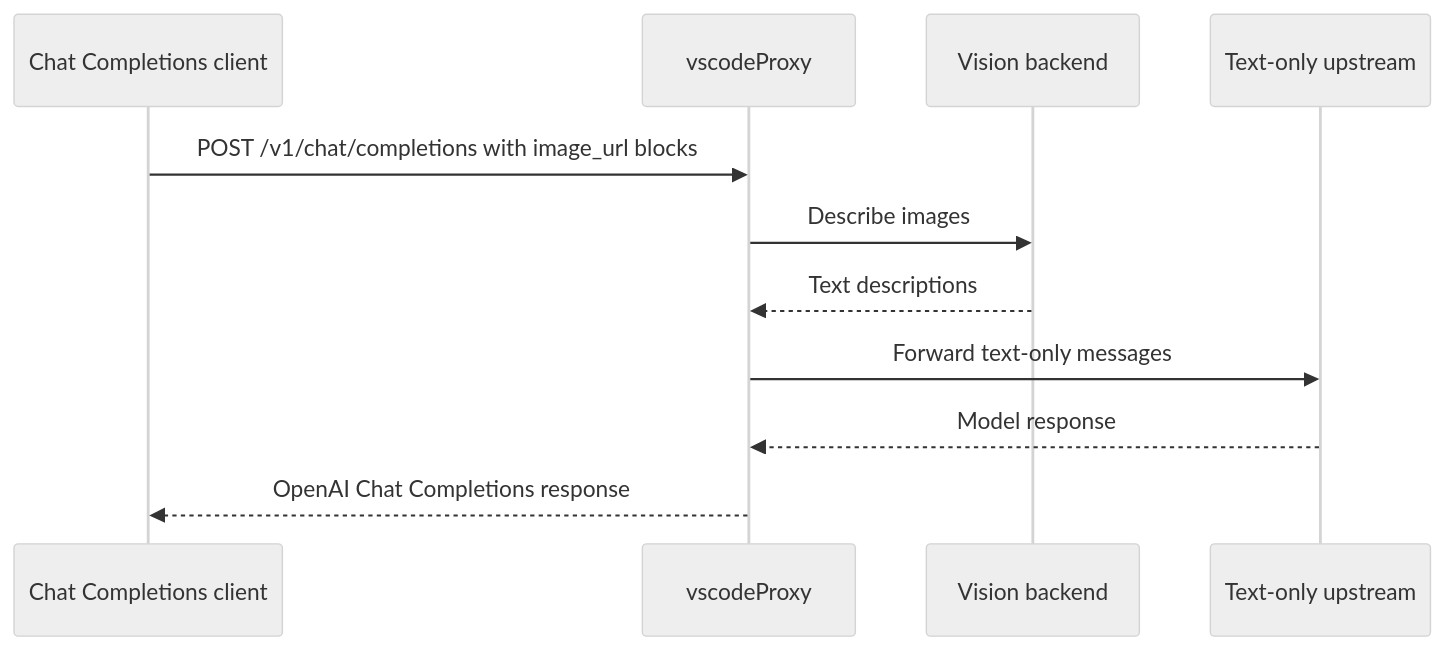
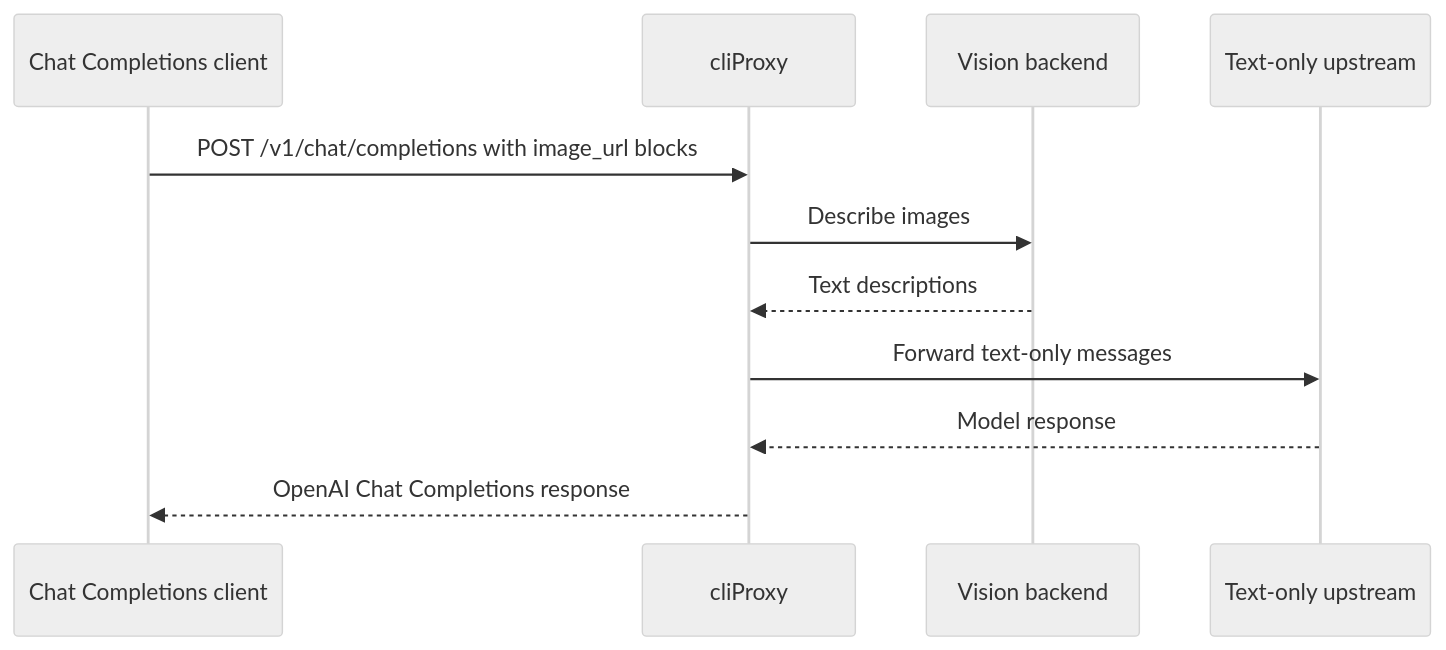
The diagram in doc/vision-bridge.md (lqdflying/cliProxy), drawn with Mermaid (neutral theme) before and after one commit. The commit also changed other lines of this file and 27 other files, not shown here.

Commit message:
feat: rebrand and add CLI proxy responses support

````diff
--- a/doc/vision-bridge.md
+++ b/doc/vision-bridge.md
@@ -18,14 +18,14 @@
 ```mermaid
 sequenceDiagram
     participant C as Chat Completions client
-    participant P as vscodeProxy
+    participant P as cliProxy
     participant V as Vision backend
     participant U as Text-only upstream
 
     C->>P: POST /v1/chat/completions with image_url blocks
     P->>V: Describe images
     V-->>P: Text descriptions
     P->>U: Forward text-only messages
     U-->>P: Model response
     P-->>C: OpenAI Chat Completions response
 ```
````
